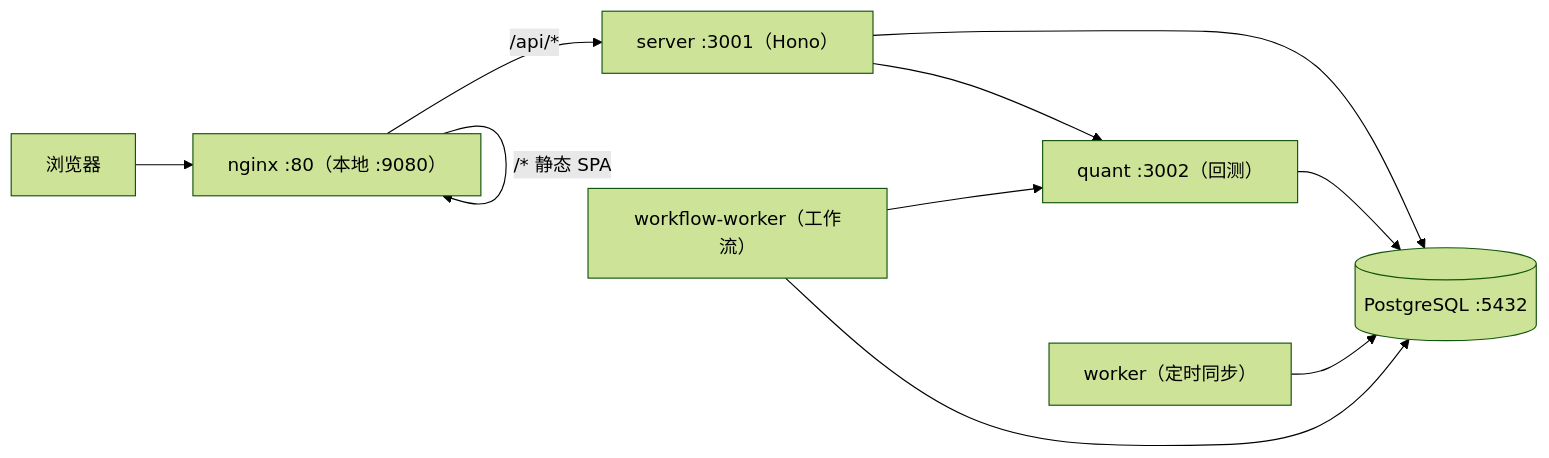
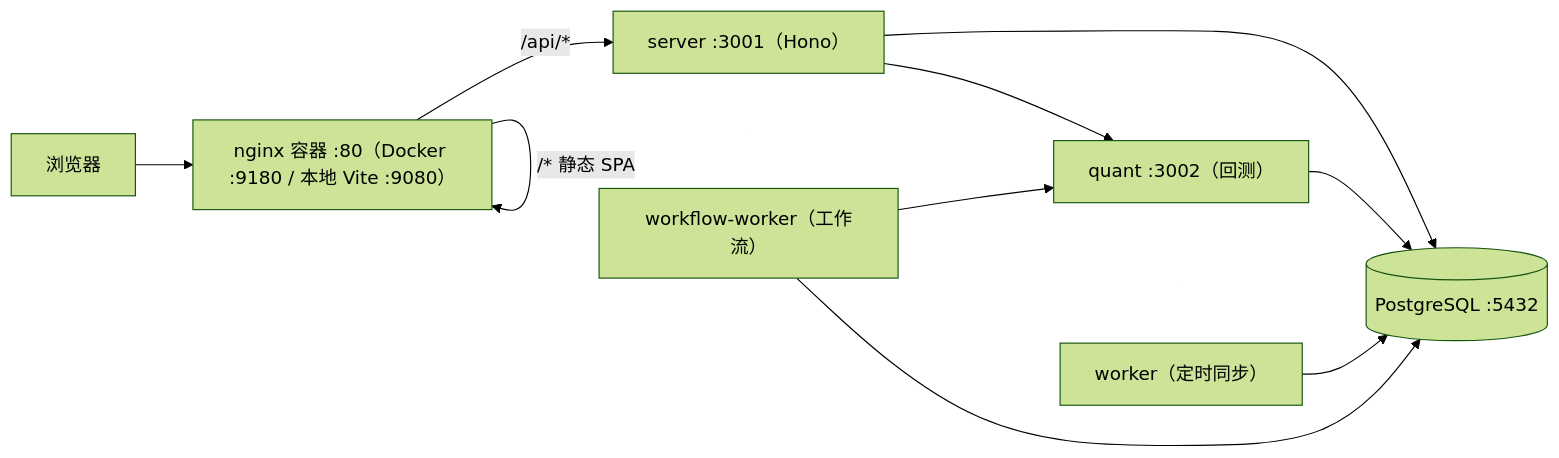
Before and after one commit to fzdfy/ai-trader: the first of 3 diagrams in docs/README.md, drawn with Mermaid (forest theme). The commit also changed other lines of this file and 102 other files, not shown here.

````diff
--- a/docs/README.md
+++ b/docs/README.md
@@ -22,12 +22,12 @@
 ```mermaid
 flowchart LR
-  U[浏览器] --> N["nginx :80（本地 :9080）"]
+  U[浏览器] --> N["nginx 容器 :80（Docker :9180 / 本地 Vite :9080）"]
   N -- "/* 静态 SPA" --> N
   N -- "/api/*" --> S["server :3001（Hono）"]
   S --> PG[("PostgreSQL :5432")]
   S --> Q["quant :3002（回测）"]
   Q --> PG
   W["worker（定时同步）"] --> PG
   WW["workflow-worker（工作流）"] --> PG
   WW --> Q
 ```
````
